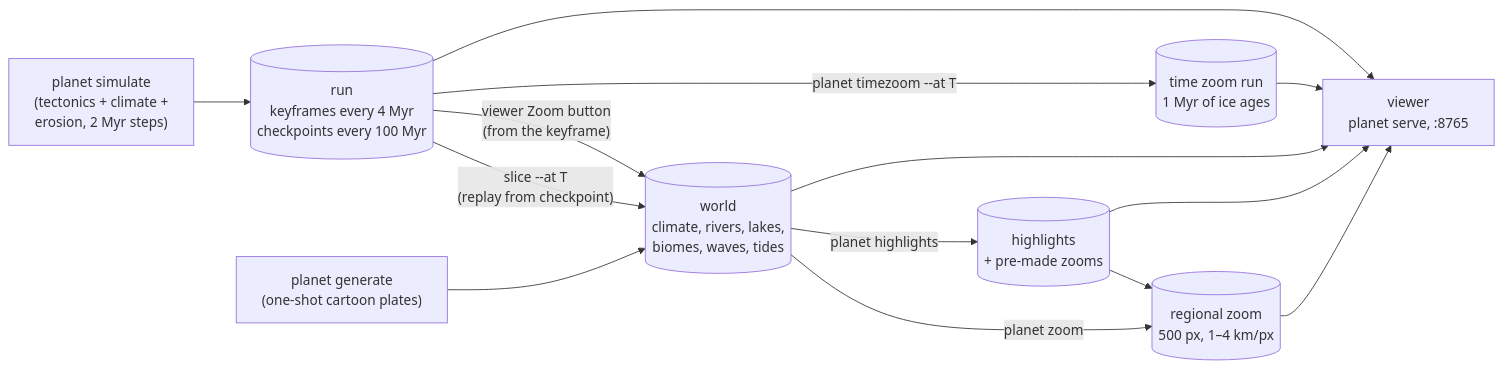
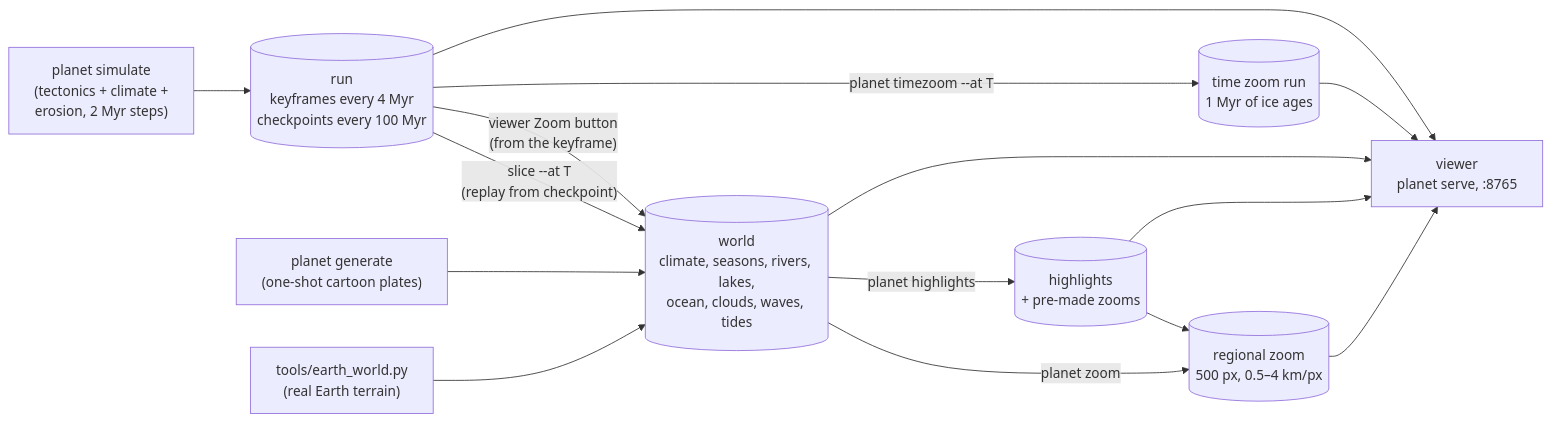
The first of 2 diagrams in docs/overview.md (engma-linguistics/procedural-world-generation), drawn with Mermaid before and after one commit. The commit also changed other lines of this file and 2 other files, not shown here.

````diff
--- a/docs/overview.md
+++ b/docs/overview.md
@@ -17,12 +27,13 @@
 ```mermaid
 flowchart LR
   S["planet simulate<br/>(tectonics + climate +<br/>erosion, 2 Myr steps)"] --> R[("run<br/>keyframes every 4 Myr<br/>checkpoints every 100 Myr")]
-  R -->|"slice --at T<br/>(replay from checkpoint)"| W[("world<br/>climate, rivers, lakes,<br/>biomes, waves, tides")]
+  R -->|"slice --at T<br/>(replay from checkpoint)"| W[("world<br/>climate, seasons, rivers, lakes,<br/>ocean, clouds, waves, tides")]
   R -->|"viewer Zoom button<br/>(from the keyframe)"| W
   G["planet generate<br/>(one-shot cartoon plates)"] --> W
-  W -->|"planet zoom"| Z[("regional zoom<br/>500 px, 1–4 km/px")]
+  E["tools/earth_world.py<br/>(real Earth terrain)"] --> W
+  W -->|"planet zoom"| Z[("regional zoom<br/>500 px, 0.5–4 km/px")]
   R -->|"planet timezoom --at T"| T[("time zoom run<br/>1 Myr of ice ages")]
   W -->|"planet highlights"| H[("highlights<br/>+ pre-made zooms")]
   H --> Z
   R & W & Z & T & H --> V["viewer<br/>planet serve, :8765"]
 ```
````
